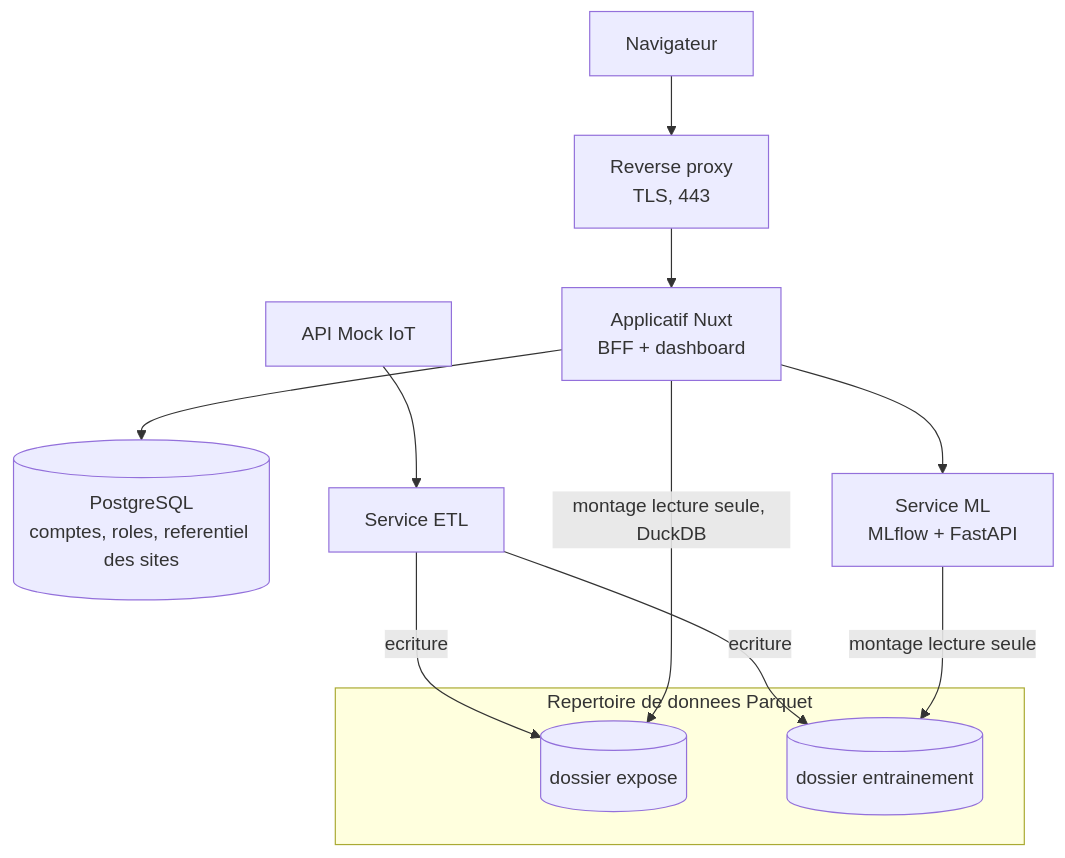
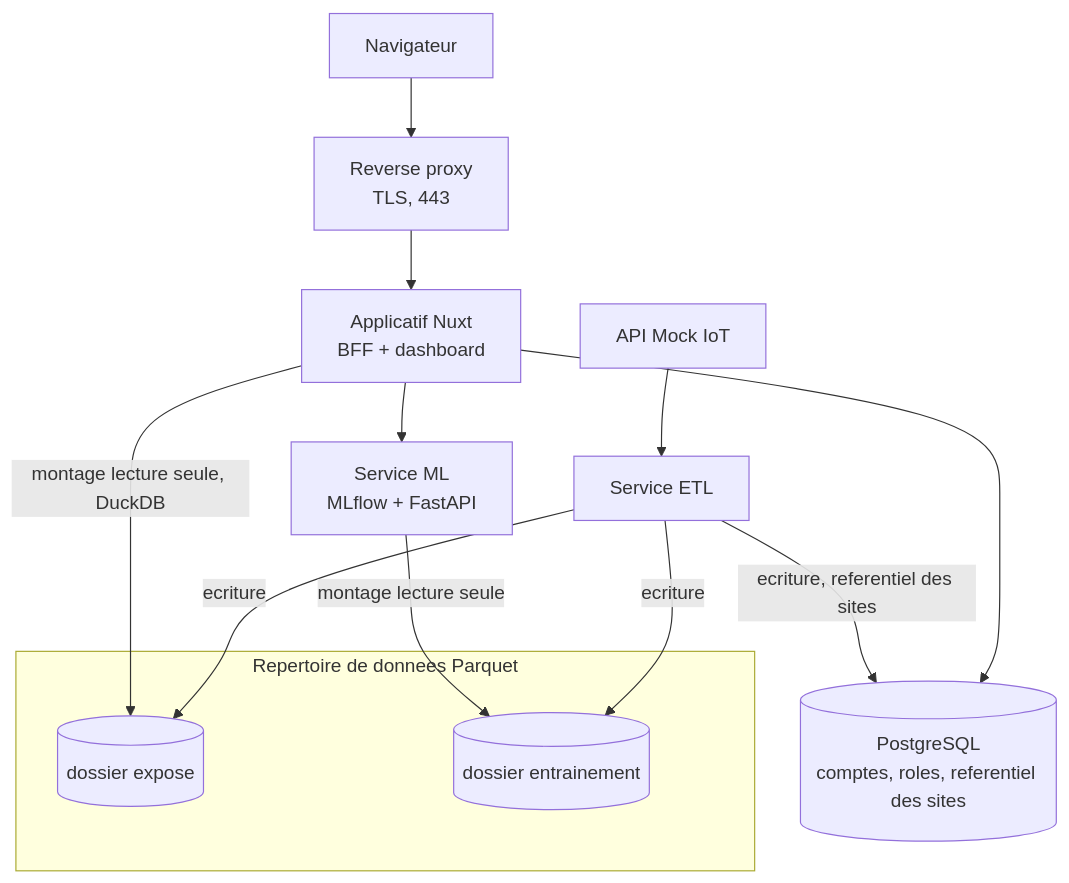
One commit to AlexRovere/smart-energy-optimizer changed the first of 4 diagrams in docs/architecture.md. Above: the diagram before and after it, drawn with Mermaid. The commit also changed other lines of this file and 33 other files, not shown here.

````diff
--- a/docs/architecture.md
+++ b/docs/architecture.md
@@ -18,16 +18,17 @@
 ```mermaid
 flowchart TB
     U["Navigateur"] --> RP["Reverse proxy<br/>TLS, 443"]
     RP --> APP["Applicatif Nuxt<br/>BFF + dashboard"]
     APP --> PG[("PostgreSQL<br/>comptes, roles, referentiel des sites")]
     APP --> ML["Service ML<br/>MLflow + FastAPI"]
     MOCK["API Mock IoT"] --> ETL["Service ETL"]
+    ETL -->|"ecriture, referentiel des sites"| PG
     subgraph VOL["Repertoire de donnees Parquet"]
         BEX[("dossier expose")]
         BML[("dossier entrainement")]
     end
     ETL -->|ecriture| BEX
     ETL -->|ecriture| BML
     APP -->|montage lecture seule, DuckDB| BEX
     ML -->|montage lecture seule| BML
 ```
````
